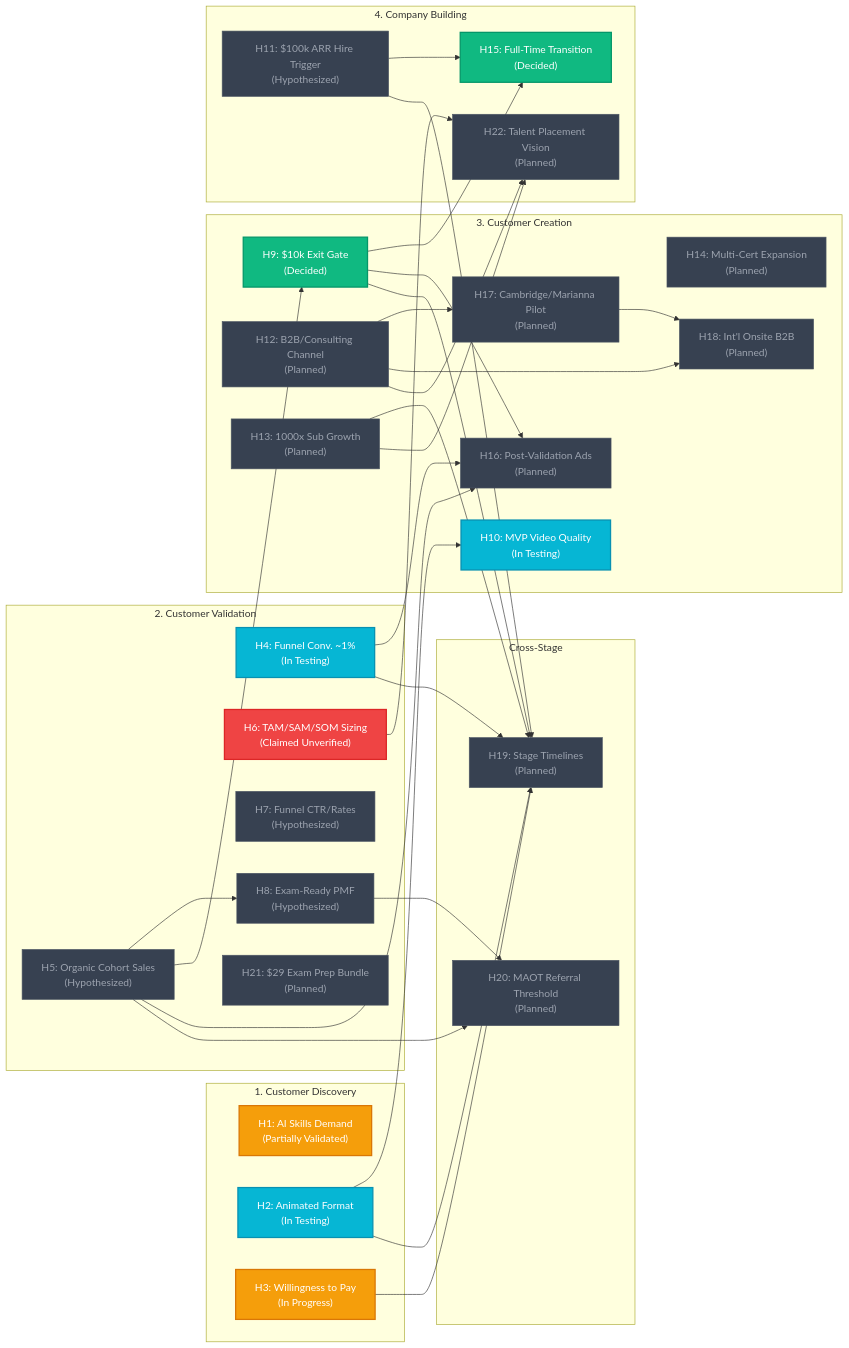
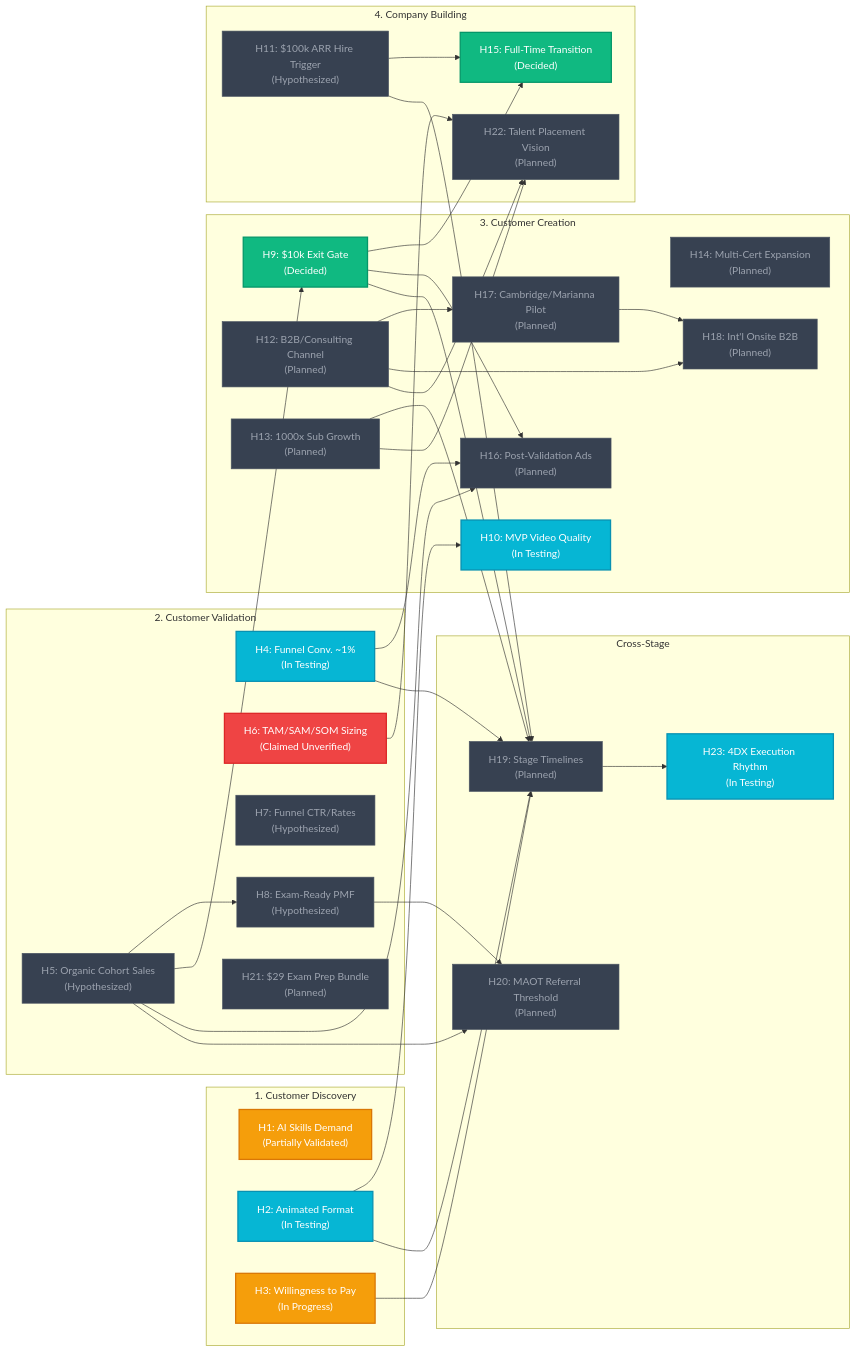
One commit to rifaterdemsahin/AI-Certification-Customer-Development changed the diagram in HYPOTHESIS.md. Above: the diagram before and after it, drawn with Mermaid. The commit also changed other lines of this file and 18 other files, not shown here.

````diff
--- a/HYPOTHESIS.md
+++ b/HYPOTHESIS.md
@@ -9,70 +9,72 @@
 ```mermaid
 flowchart LR
     %% Styles
     classDef validated fill:#10b981,stroke:#059669,stroke-width:2px,color:#fff;
     classDef testing fill:#06b6d4,stroke:#0891b2,stroke-width:2px,color:#fff;
     classDef progress fill:#f59e0b,stroke:#d97706,stroke-width:2px,color:#fff;
     classDef unverified fill:#ef4444,stroke:#dc2626,stroke-width:2px,color:#fff;
     classDef planned fill:#374151,stroke:#4b5563,stroke-width:1px,color:#9ca3af;
 
     subgraph Discovery ["1. Customer Discovery"]
         H1["H1: AI Skills Demand<br>(Partially Validated)"]:::progress
         H2["H2: Animated Format<br>(In Testing)"]:::testing
         H3["H3: Willingness to Pay<br>(In Progress)"]:::progress
     end
 
     subgraph Validation ["2. Customer Validation"]
         H4["H4: Funnel Conv. ~1%<br>(In Testing)"]:::testing
         H5["H5: Organic Cohort Sales<br>(Hypothesized)"]:::planned
         H6["H6: TAM/SAM/SOM Sizing<br>(Claimed Unverified)"]:::unverified
         H7["H7: Funnel CTR/Rates<br>(Hypothesized)"]:::planned
         H8["H8: Exam-Ready PMF<br>(Hypothesized)"]:::planned
         H21["H21: $29 Exam Prep Bundle<br>(Planned)"]:::planned
     end
 
     subgraph Creation ["3. Customer Creation"]
         H9["H9: $10k Exit Gate<br>(Decided)"]:::validated
         H10["H10: MVP Video Quality<br>(In Testing)"]:::testing
         H12["H12: B2B/Consulting Channel<br>(Planned)"]:::planned
         H13["H13: 1000x Sub Growth<br>(Planned)"]:::planned
         H14["H14: Multi-Cert Expansion<br>(Planned)"]:::planned
         H16["H16: Post-Validation Ads<br>(Planned)"]:::planned
         H17["H17: Cambridge/Marianna Pilot<br>(Planned)"]:::planned
         H18["H18: Int'l Onsite B2B<br>(Planned)"]:::planned
     end
 
     subgraph Building ["4. Company Building"]
         H11["H11: $100k ARR Hire Trigger<br>(Hypothesized)"]:::planned
         H15["H15: Full-Time Transition<br>(Decided)"]:::validated
         H22["H22: Talent Placement Vision<br>(Planned)"]:::planned
     end
 
     subgraph CrossStage ["Cross-Stage"]
         H19["H19: Stage Timelines<br>(Planned)"]:::planned
         H20["H20: MAOT Referral Threshold<br>(Planned)"]:::planned
+        H23["H23: 4DX Execution Rhythm<br>(In Testing)"]:::testing
     end
 
     %% Dependencies
     H2 --> H10
     H2 --> H19
     H3 --> H19
     H4 --> H16
     H4 --> H19
     H5 --> H8
     H5 --> H9
     H5 --> H16
     H9 --> H15
     H9 --> H16
     H9 --> H19
     H11 --> H15
     H11 --> H19
     H12 --> H17
     H12 --> H18
     H13 --> H19
     H17 --> H18
     H5 --> H20
     H8 --> H20
     H12 --> H22
     H6 --> H22
     H13 --> H22
+    H19 --> H23
 ```
````
